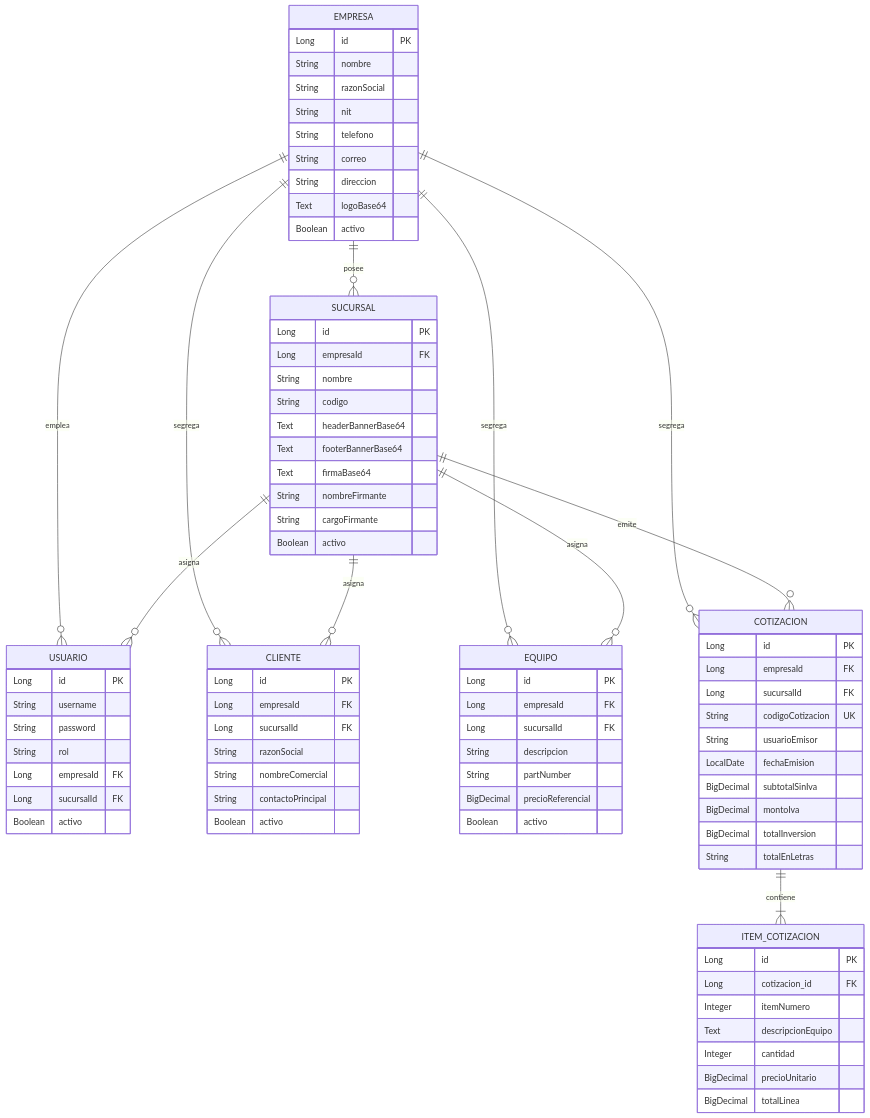
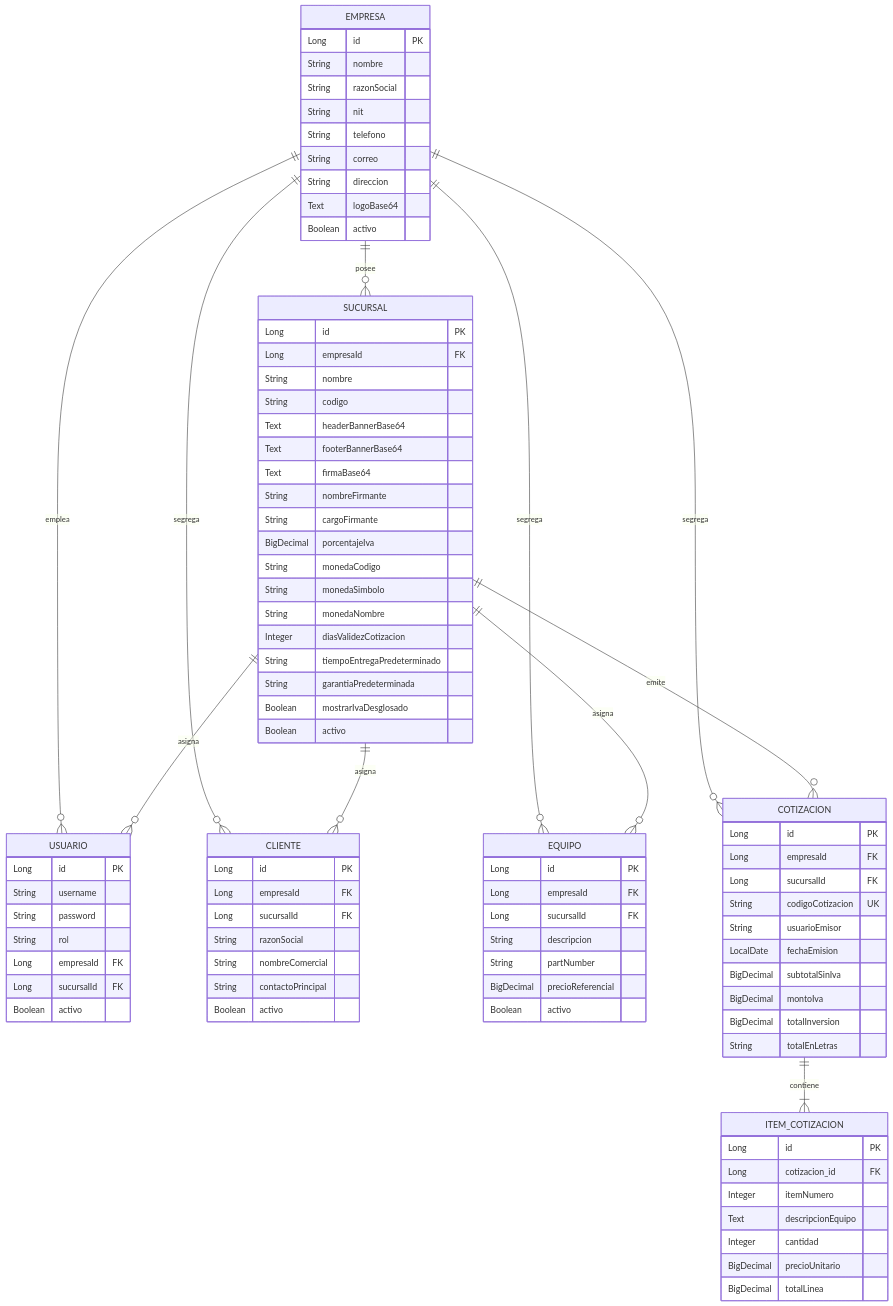
Before and after one commit to LVasquez93/WebAppRetail_BackEnd: the diagram in AGENT_GUIDE.md, drawn with Mermaid. The commit also changed other lines of this file and 16 other files, not shown here.

```diff
--- a/AGENT_GUIDE.md
+++ b/AGENT_GUIDE.md
@@ -140,6 +140,14 @@
         Text firmaBase64
         String nombreFirmante
         String cargoFirmante
+        BigDecimal porcentajeIva
+        String monedaCodigo
+        String monedaSimbolo
+        String monedaNombre
+        Integer diasValidezCotizacion
+        String tiempoEntregaPredeterminado
+        String garantiaPredeterminada
+        Boolean mostrarIvaDesglosado
         Boolean activo
     }
 
```
